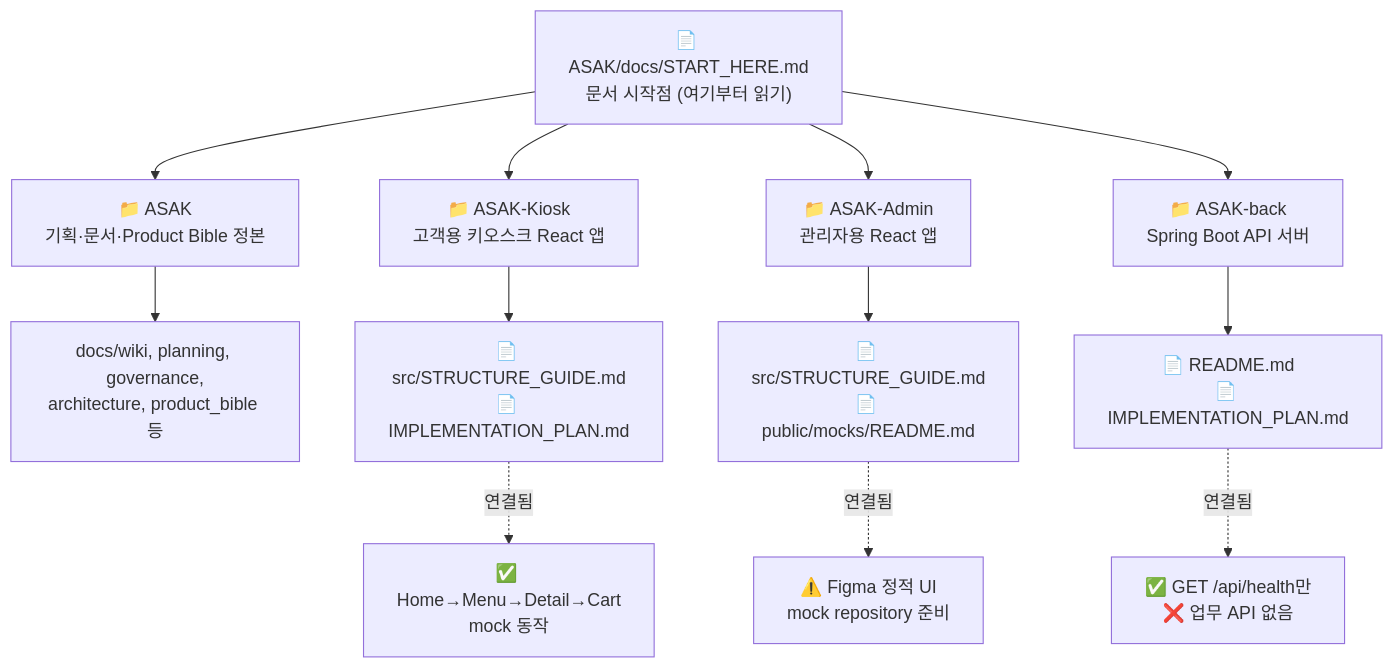
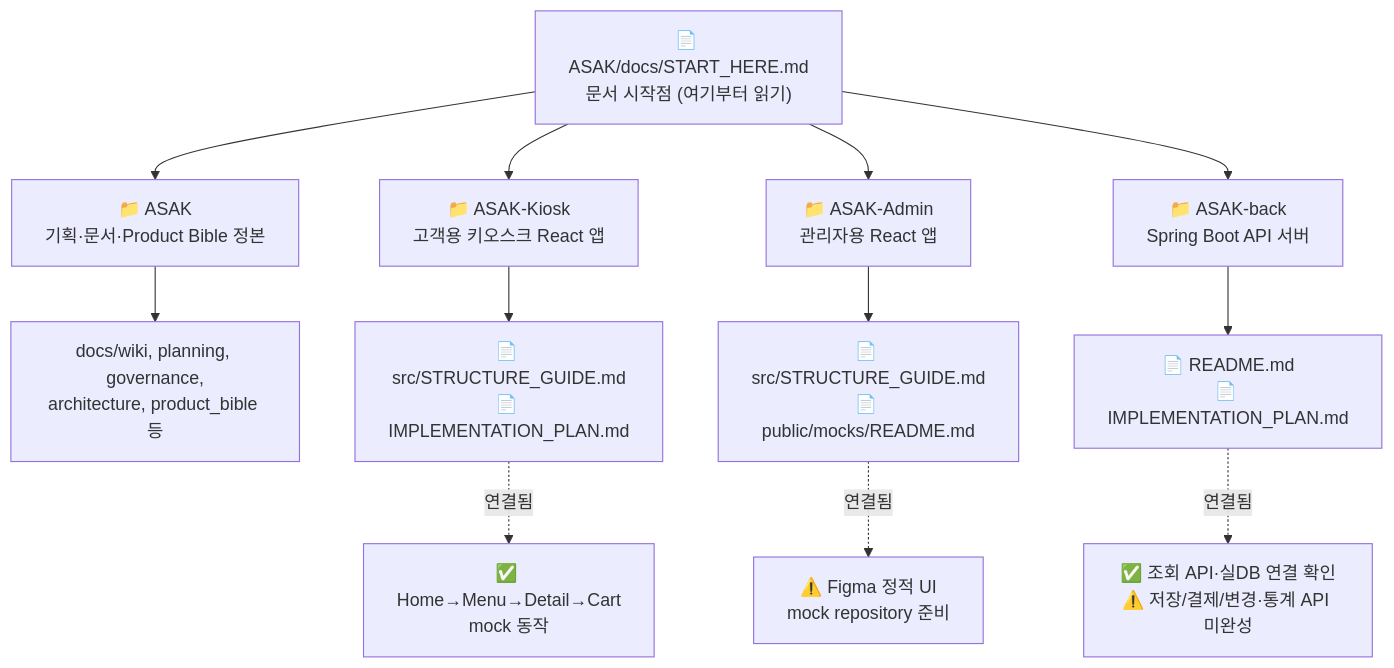
Before and after one commit to hagenie128/ASAK: the first of 6 diagrams in docs/wiki/project-flow.md, drawn with Mermaid. The commit also changed other lines of this file and 24 other files, not shown here.

````diff
--- a/docs/wiki/project-flow.md
+++ b/docs/wiki/project-flow.md
@@ -25,19 +25,19 @@
 ```mermaid
 flowchart TB
     START["📄 ASAK/docs/START_HERE.md<br/>문서 시작점 (여기부터 읽기)"]
 
     START --> ASAK["📁 ASAK<br/>기획·문서·Product Bible 정본"]
     START --> KIOSK["📁 ASAK-Kiosk<br/>고객용 키오스크 React 앱"]
     START --> ADMIN["📁 ASAK-Admin<br/>관리자용 React 앱"]
     START --> BACK["📁 ASAK-back<br/>Spring Boot API 서버"]
 
     ASAK --> ASAK_DOC["docs/wiki, planning, governance,<br/>architecture, product_bible 등"]
 
     KIOSK --> KIOSK_DOC["📄 src/STRUCTURE_GUIDE.md<br/>📄 IMPLEMENTATION_PLAN.md"]
     ADMIN --> ADMIN_DOC["📄 src/STRUCTURE_GUIDE.md<br/>📄 public/mocks/README.md"]
     BACK --> BACK_DOC["📄 README.md<br/>📄 IMPLEMENTATION_PLAN.md"]
 
     KIOSK_DOC -. 연결됨 .-> KIOSK_CODE["✅ Home→Menu→Detail→Cart<br/>mock 동작"]
     ADMIN_DOC -. 연결됨 .-> ADMIN_CODE["⚠️ Figma 정적 UI<br/>mock repository 준비"]
-    BACK_DOC -. 연결됨 .-> BACK_CODE["✅ GET /api/health만<br/>❌ 업무 API 없음"]
+    BACK_DOC -. 연결됨 .-> BACK_CODE["✅ 조회 API·실DB 연결 확인<br/>⚠️ 저장/결제/변경·통계 API 미완성"]
 ```
````
